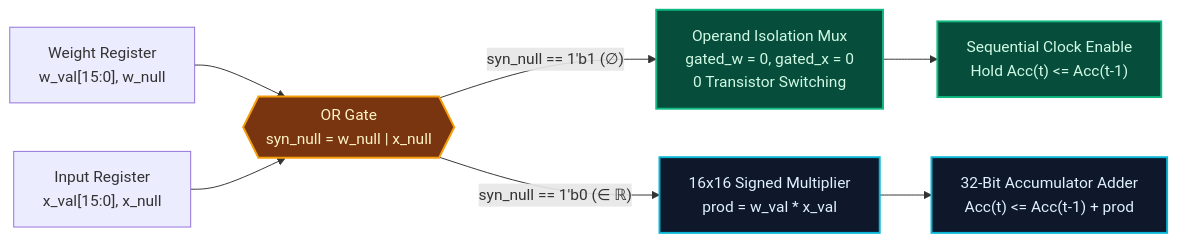
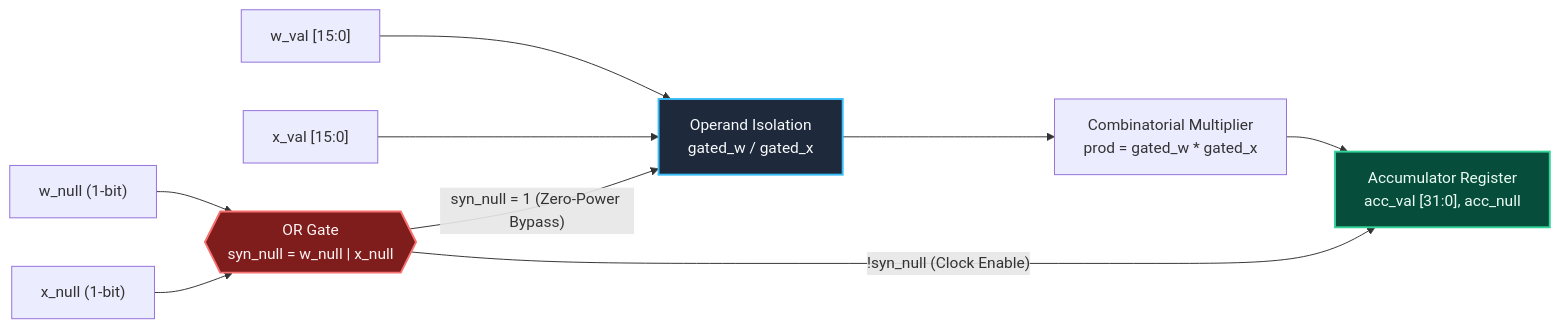
The second of 2 diagrams in README.md (GuettHM/rnull-framework), drawn with Mermaid before and after one commit. The commit also changed other lines of this file, not shown here.

````diff
--- a/README.md
+++ b/README.md
@@ -339,17 +272,17 @@
 ```mermaid
 flowchart LR
-    W["Weight Register<br/>w_val[15:0], w_null"] --> OR_GATE{{"OR Gate<br/>syn_null = w_null | x_null"}}
-    X["Input Register<br/>x_val[15:0], x_null"] --> OR_GATE
+    W_NULL["w_null (1-bit)"] --> OR_GATE{{"OR Gate<br/>syn_null = w_null | x_null"}}
+    X_NULL["x_null (1-bit)"] --> OR_GATE
 
-    OR_GATE -- "syn_null == 1'b1 (∅)" --> ISO["Operand Isolation Mux<br/>gated_w = 0, gated_x = 0<br/>0 Transistor Switching"]
-    OR_GATE -- "syn_null == 1'b0 (∈ ℝ)" --> MULT["16x16 Signed Multiplier<br/>prod = w_val * x_val"]
+    W_VAL["w_val [15:0]"] --> ISO_MUX["Operand Isolation<br/>gated_w / gated_x"]
+    X_VAL["x_val [15:0]"] --> ISO_MUX
+    OR_GATE -- "syn_null = 1 (Zero-Power Bypass)" --> ISO_MUX
 
-    ISO --> CLK_GATE["Sequential Clock Enable<br/>Hold Acc(t) <= Acc(t-1)"]
-    MULT --> ADD["32-Bit Accumulator Adder<br/>Acc(t) <= Acc(t-1) + prod"]
+    ISO_MUX --> MULT["Combinatorial Multiplier<br/>prod = gated_w * gated_x"]
+    MULT --> ACC_REG["Accumulator Register<br/>acc_val [31:0], acc_null"]
+    OR_GATE -- "!syn_null (Clock Enable)" --> ACC_REG
 
-    style OR_GATE fill:#78350F,stroke:#F59E0B,stroke-width:2px,color:#FEF3C7
-    style ISO fill:#064E3B,stroke:#10B981,stroke-width:2px,color:#D1FAE5
-    style CLK_GATE fill:#064E3B,stroke:#10B981,stroke-width:2px,color:#D1FAE5
-    style MULT fill:#0F172A,stroke:#06B6D4,stroke-width:2px,color:#E0F2FE
-    style ADD fill:#0F172A,stroke:#06B6D4,stroke-width:2px,color:#E0F2FE
+    style OR_GATE fill:#7f1d1d,stroke:#f87171,stroke-width:2px,color:#fef2f2
+    style ISO_MUX fill:#1e293b,stroke:#38bdf8,stroke-width:2px,color:#f8fafc
+    style ACC_REG fill:#064e3b,stroke:#34d399,stroke-width:2px,color:#ecfdf5
 ```
````
